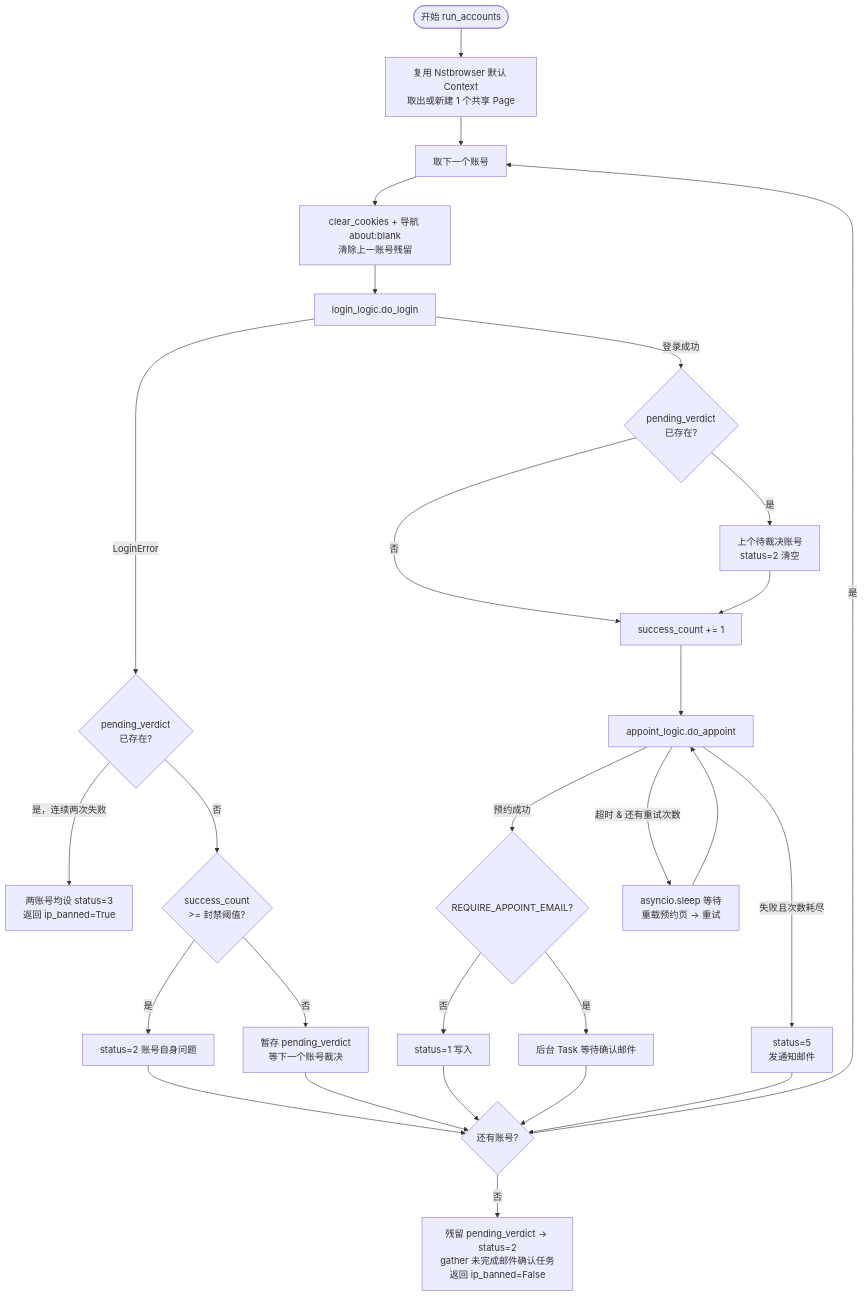
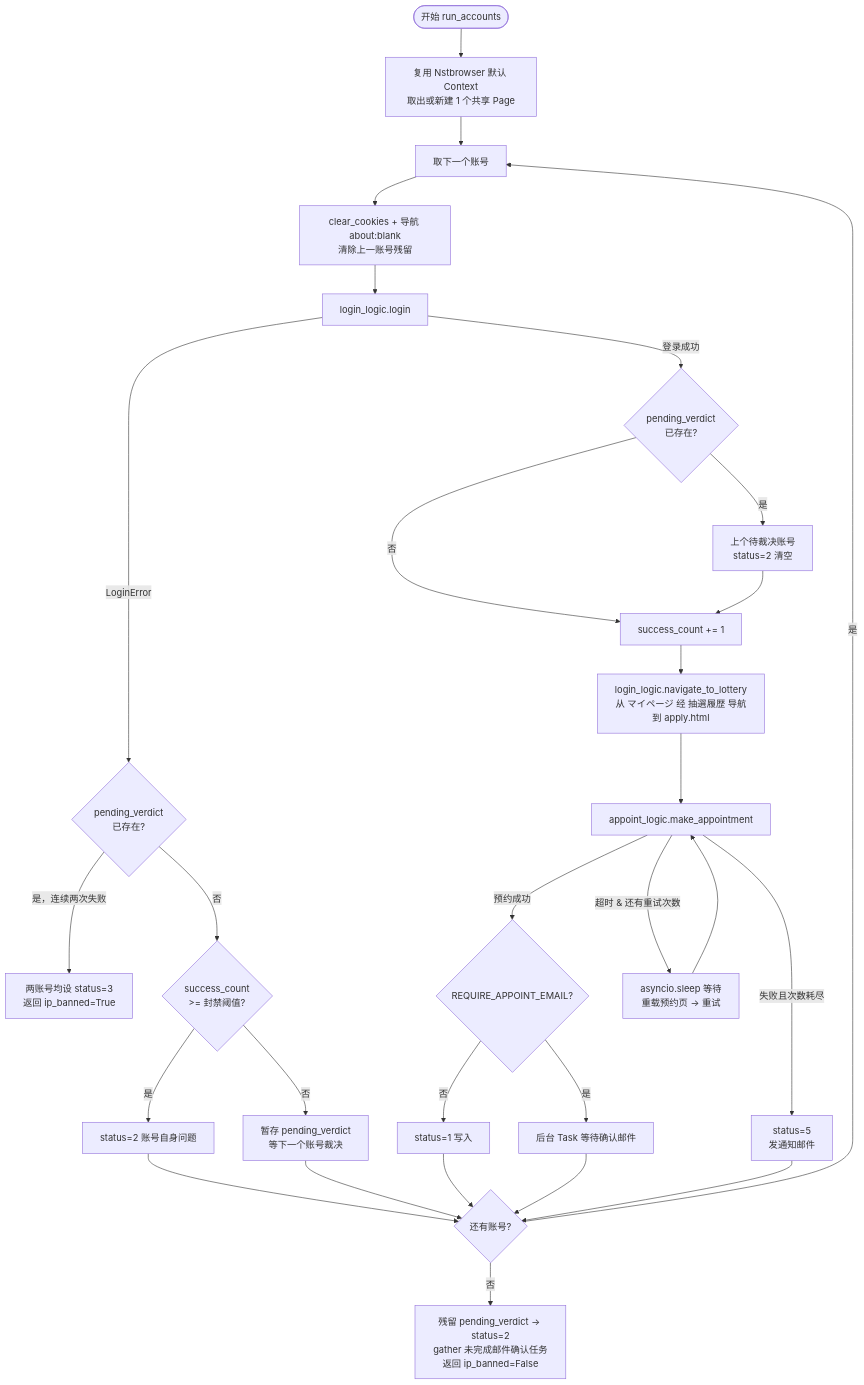
Before and after one commit to chenkeweii/autopokenmon: the third of 7 diagrams in README.md, drawn with Mermaid. The commit also changed other lines of this file and 339 other files, not shown here.

````diff
--- a/README.md
+++ b/README.md
@@ -161,33 +163,34 @@
 ```mermaid
 flowchart TD
     A([开始 run_accounts]) --> PRE[复用 Nstbrowser 默认 Context
 取出或新建 1 个共享 Page]
     PRE --> B[取下一个账号]
     B --> CLR[clear_cookies + 导航 about:blank
 清除上一账号残留]
-    CLR --> D[login_logic.do_login]
+    CLR --> D[login_logic.login]
     D -- LoginError --> E{pending_verdict\n已存在?}
     E -- 是，连续两次失败 --> F[两账号均设 status=3\n返回 ip_banned=True]
     E -- 否 --> G{success_count\n>= 封禁阈值?}
     G -- 否 --> H[暂存 pending_verdict\n等下一个账号裁决]
     G -- 是 --> I[status=2 账号自身问题]
     I --> W
     H --> W
     D -- 登录成功 --> J{pending_verdict\n已存在?}
     J -- 是 --> K[上个待裁决账号\nstatus=2 清空]
     J -- 否 --> L[success_count += 1]
     K --> L
-    L --> M[appoint_logic.do_appoint]
+    L --> NAV[login_logic.navigate_to_lottery\n从 マイページ 经 抽選履歴 导航到 apply.html]
+    NAV --> M[appoint_logic.make_appointment]
     M -- 预约成功 --> N{REQUIRE_APPOINT_EMAIL?}
     N -- 否 --> O[status=1 写入]
     N -- 是 --> P[后台 Task 等待确认邮件]
     O --> W
     P --> W
     M -- 超时 & 还有重试次数 --> T[asyncio.sleep 等待\n重载预约页 → 重试]
     T --> M
     M -- 失败且次数耗尽 --> U[status=5\n发通知邮件]
     U --> W
     W{还有账号?}
     W -- 是 --> B
     W -- 否 --> Y[残留 pending_verdict → status=2\ngather 未完成邮件确认任务\n返回 ip_banned=False]
 ```
````
